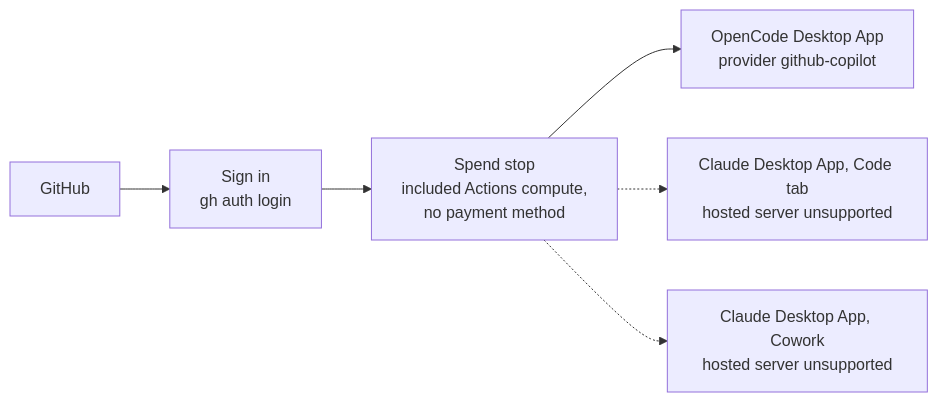
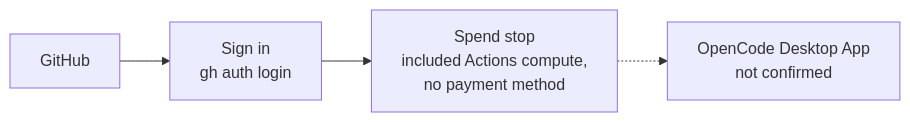
One commit to SoulCraft-Org/compute-crafter changed the diagram in guides/github.md. Above: the diagram before and after it, drawn with Mermaid. The commit also changed other lines of this file and 63 other files, not shown here.

First line of the commit message:
Scope Compute Crafter to OpenCode and open weights only (#329)

````diff
--- a/guides/github.md
+++ b/guides/github.md
@@ -5,7 +5,5 @@
 ```mermaid
 flowchart LR
   P[GitHub] --> S[Sign in<br/>gh auth login] --> G[Spend stop<br/>included Actions compute,<br/>no payment method]
-  G --> O[OpenCode Desktop App<br/>provider github-copilot]
-  G -.-> C[Claude Desktop App, Code tab<br/>hosted server unsupported]
-  G -.-> W[Claude Desktop App, Cowork<br/>hosted server unsupported]
+  G -.-> O[OpenCode Desktop App<br/>not confirmed]
 ```
````
